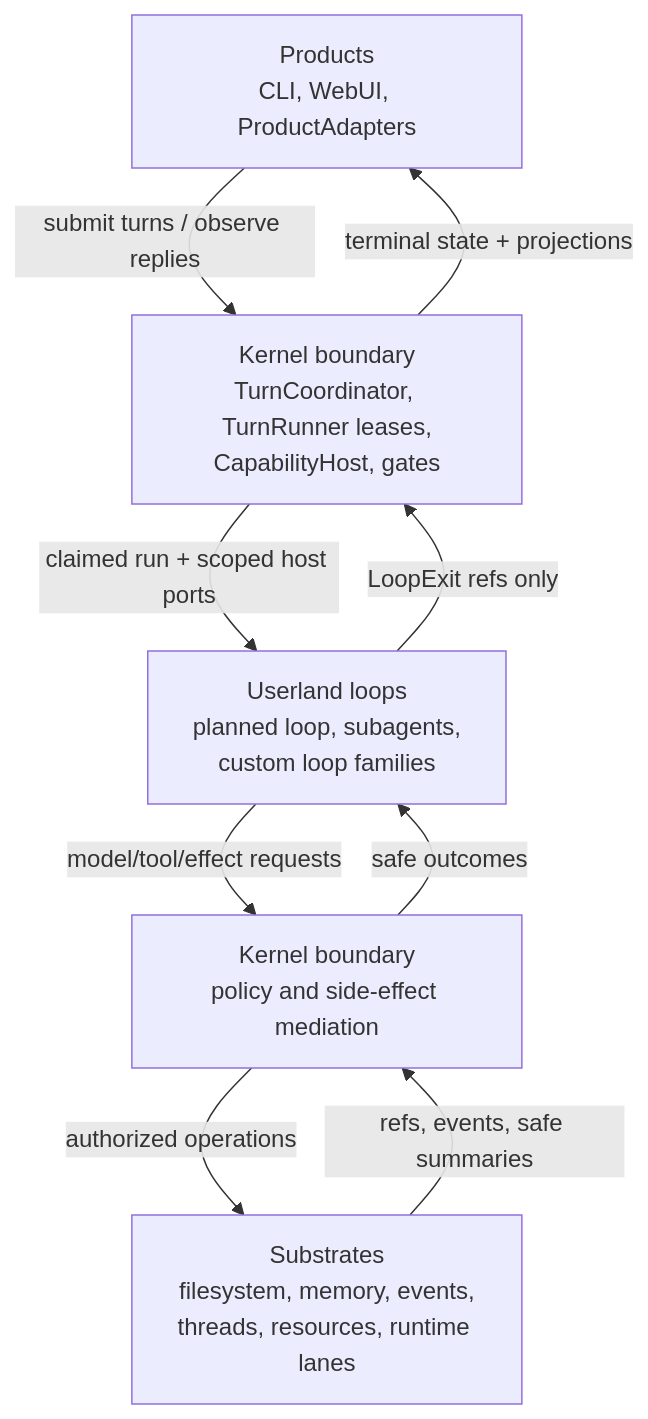
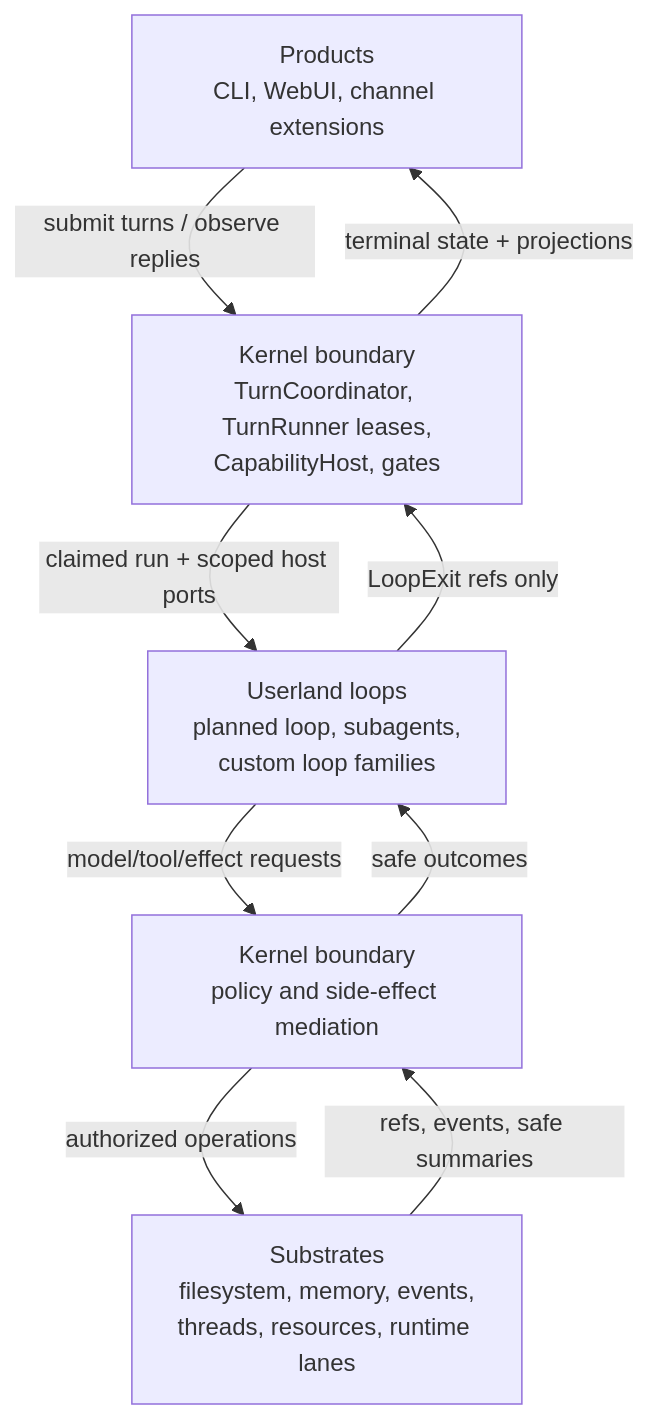
One commit to CloudEngineHub/ironclaw changed the first of 7 diagrams in crates/Architecture.md. Above: the diagram before and after it, drawn with Mermaid. The commit also changed other lines of this file and 210 other files, not shown here.

````diff
--- a/crates/Architecture.md
+++ b/crates/Architecture.md
@@ -158,17 +177,17 @@
 ```mermaid
 flowchart TD
-    Product["Products\nCLI, WebUI, ProductAdapters"]
+    Product["Products\nCLI, WebUI, channel extensions"]
     Kernel1["Kernel boundary\nTurnCoordinator, TurnRunner leases,\nCapabilityHost, gates"]
     Loop["Userland loops\nplanned loop, subagents,\ncustom loop families"]
     Kernel2["Kernel boundary\npolicy and side-effect mediation"]
     Substrate["Substrates\nfilesystem, memory, events,\nthreads, resources, runtime lanes"]
 
     Product -->|submit turns / observe replies| Kernel1
     Kernel1 -->|claimed run + scoped host ports| Loop
     Loop -->|model/tool/effect requests| Kernel2
     Kernel2 -->|authorized operations| Substrate
     Substrate -->|refs, events, safe summaries| Kernel2
     Kernel2 -->|safe outcomes| Loop
     Loop -->|LoopExit refs only| Kernel1
     Kernel1 -->|terminal state + projections| Product
 ```
````
